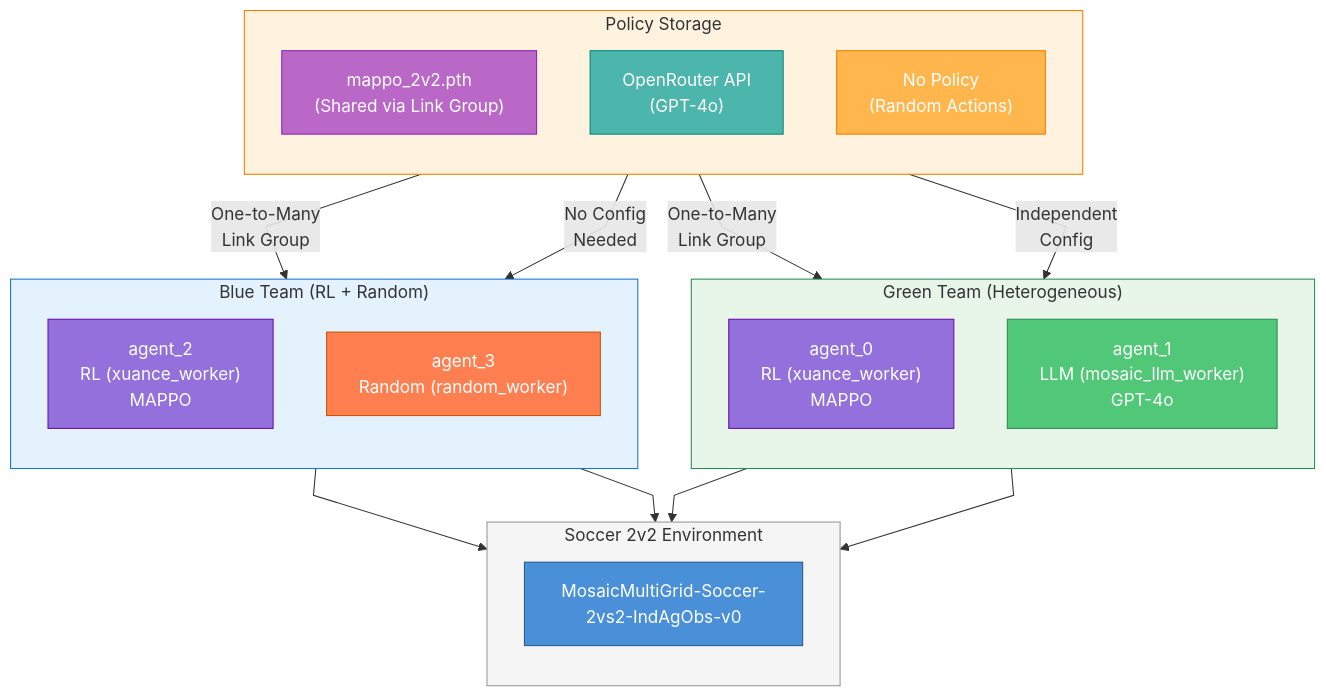
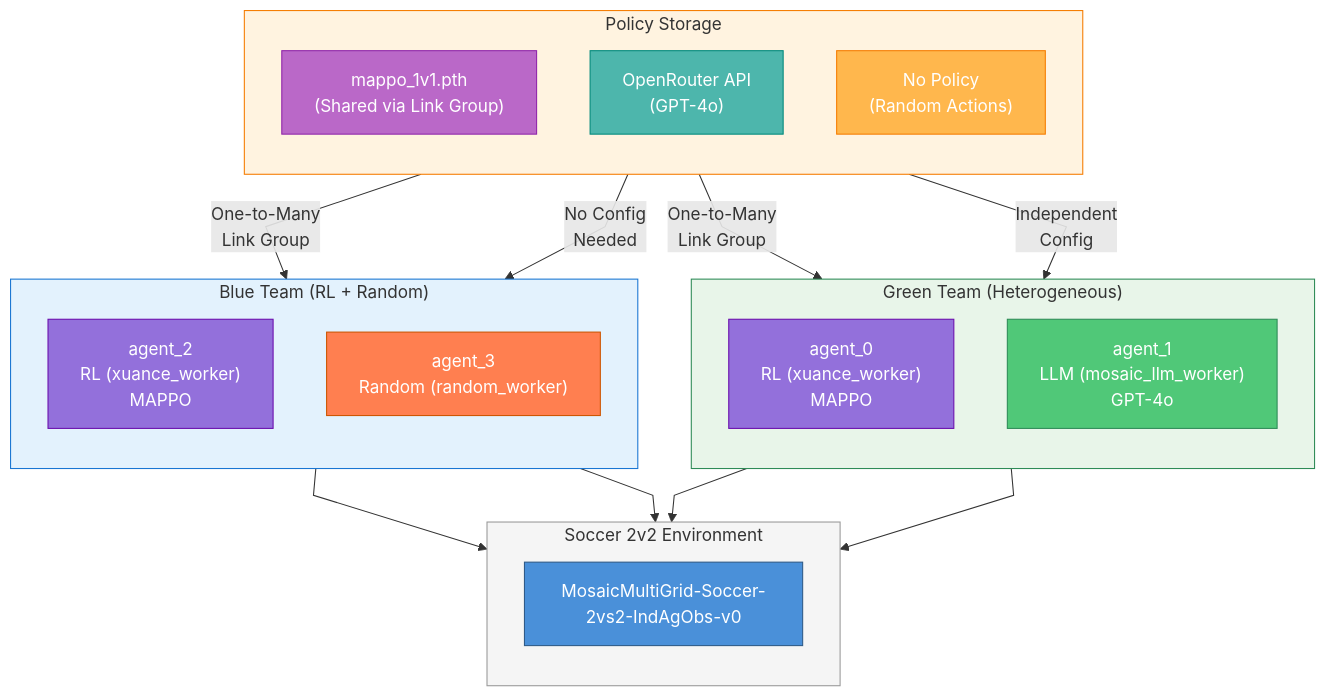
The fourth of 5 diagrams in docs/source/documents/architecture/operators/policy_mappings.rst (Abdulhamid97Mousa/mosaic), drawn with Mermaid before and after one commit. The commit also changed other lines of this file and 83 other files, not shown here.

```diff
--- a/docs/source/documents/architecture/operators/policy_mappings.rst
+++ b/docs/source/documents/architecture/operators/policy_mappings.rst
@@ -233,50 +237,50 @@
 .. mermaid::
 
    %%{init: {"flowchart": {"curve": "linear"}} }%%
    graph TB
        subgraph ENV["Soccer 2v2 Environment"]
            direction TB
            GAME["MosaicMultiGrid-Soccer-2vs2-IndAgObs-v0"]
        end
 
        subgraph GREEN["Green Team (Heterogeneous)"]
            direction TB
            A0["agent_0<br/>RL (xuance_worker)<br/>MAPPO"]
            A1["agent_1<br/>LLM (mosaic_llm_worker)<br/>GPT-4o"]
        end
 
        subgraph BLUE["Blue Team (RL + Random)"]
            direction TB
            A2["agent_2<br/>RL (xuance_worker)<br/>MAPPO"]
            A3["agent_3<br/>Random (random_worker)"]
        end
 
        subgraph POLICIES["Policy Storage"]
            direction TB
-           MAPPO["mappo_2v2.pth<br/>(Shared via Link Group)"]
+           MAPPO["mappo_1v1.pth<br/>(Shared via Link Group)"]
            LLM_API["OpenRouter API<br/>(GPT-4o)"]
            RANDOM["No Policy<br/>(Random Actions)"]
        end
 
        MAPPO -->|"One-to-Many<br/>Link Group"| A0
        MAPPO -->|"One-to-Many<br/>Link Group"| A2
        LLM_API -->|"Independent<br/>Config"| A1
        RANDOM -->|"No Config<br/>Needed"| A3
 
        A0 --> GAME
        A1 --> GAME
        A2 --> GAME
        A3 --> GAME
 
        style ENV fill:#f5f5f5,stroke:#999,color:#333
        style GAME fill:#4a90d9,stroke:#2e5a87,color:#fff
        style GREEN fill:#e8f5e9,stroke:#2e8b57,color:#333
        style BLUE fill:#e3f2fd,stroke:#1976d2,color:#333
        style POLICIES fill:#fff3e0,stroke:#f57c00,color:#333
        style A0 fill:#9370db,stroke:#6a0dad,color:#fff
        style A1 fill:#50c878,stroke:#2e8b57,color:#fff
        style A2 fill:#9370db,stroke:#6a0dad,color:#fff
        style A3 fill:#ff7f50,stroke:#cc5500,color:#fff
        style MAPPO fill:#ba68c8,stroke:#8e24aa,color:#fff
        style LLM_API fill:#4db6ac,stroke:#00897b,color:#fff
        style RANDOM fill:#ffb74d,stroke:#f57c00,color:#fff
```
